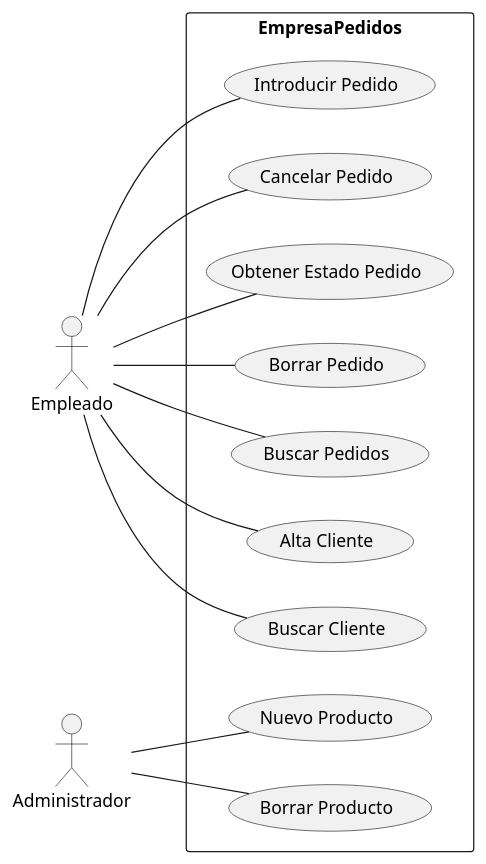
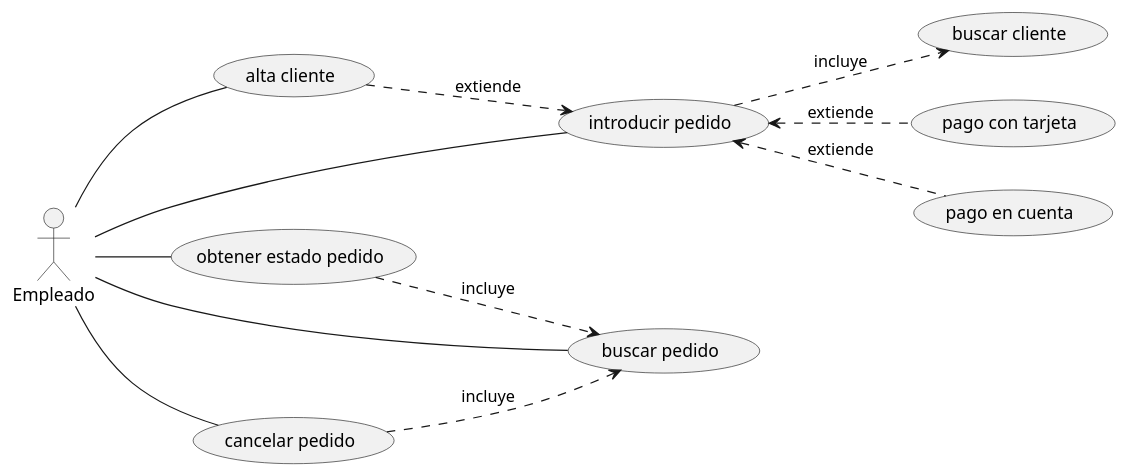
One commit to sandrasd89/casosdeusoII changed the diagram in casosdeusoII.puml. Above: the diagram before and after it, drawn with PlantUML.

Commit message:
diagrama estructurado

```diff
--- a/casosdeusoII.puml
+++ b/casosdeusoII.puml
@@ -1,20 +1,18 @@
 @startuml
 
 left to right direction
 
-:Empleado: as e
-:Administrador: as a
+:Empleado: -- (alta cliente)
+:Empleado: -- (introducir pedido)
+:Empleado: -- (obtener estado pedido)
+:Empleado: -- (buscar pedido)
+:Empleado: -- (cancelar pedido)
+(alta cliente) ..> (introducir pedido) : extiende
+(introducir pedido) ..> (buscar cliente) : incluye
+(introducir pedido) <.. (pago con tarjeta) : extiende
+(introducir pedido) <.. (pago en cuenta) : extiende
+(obtener estado pedido) ..> (buscar pedido) : incluye
+(cancelar pedido)..> (buscar pedido) : incluye
 
-rectangle EmpresaPedidos {
-e -- (Introducir Pedido)
-e -- (Cancelar Pedido)
-e -- (Obtener Estado Pedido)
-e -- (Borrar Pedido)
-e -- (Buscar Pedidos)
-e -- (Alta Cliente)
-e -- (Buscar Cliente)
-a -- (Nuevo Producto)
-a -- (Borrar Producto)
-}
 
 @enduml
```
